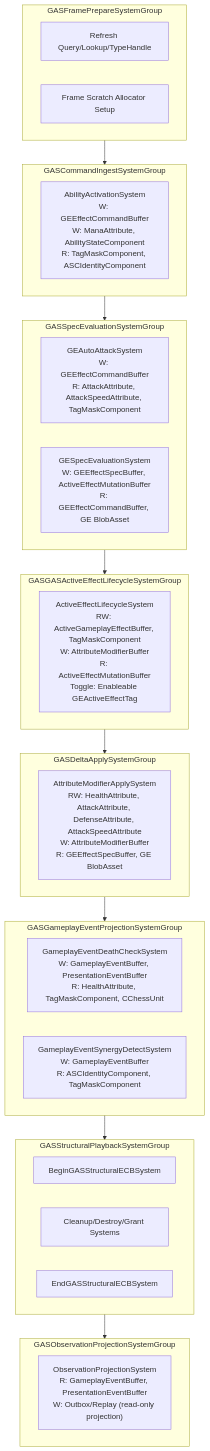
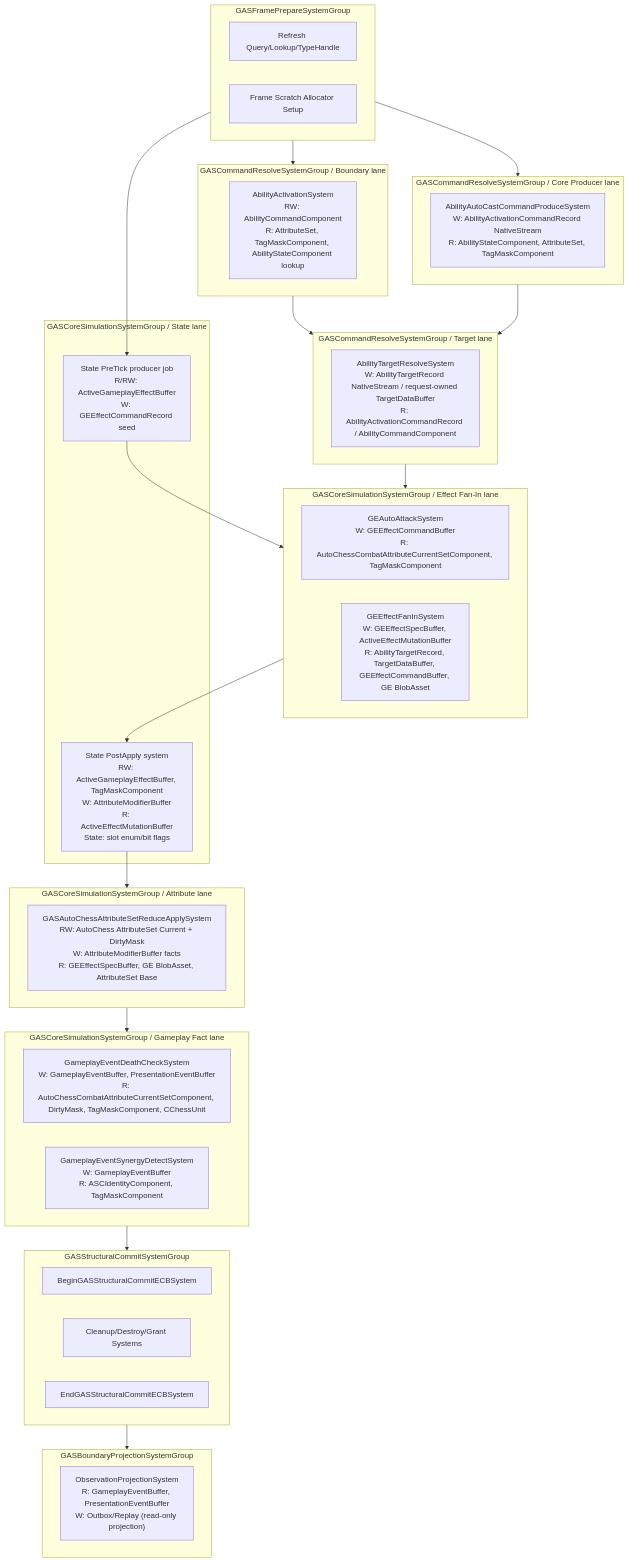
Before and after one commit to Bo-ki/gameplay-ability-system-for-unity: the fourth of 4 diagrams in 方案讨论/针对2.0的ECS架构的迭代方案讨论/01-目标态架构共识/10B-AutoChess完整业务案例设计Spec.md, drawn with Mermaid. The commit also changed other lines of this file and 455 other files, not shown here.

````diff
--- a/方案讨论/针对2.0的ECS架构的迭代方案讨论/01-目标态架构共识/10B-AutoChess完整业务案例设计Spec.md
+++ b/方案讨论/针对2.0的ECS架构的迭代方案讨论/01-目标态架构共识/10B-AutoChess完整业务案例设计Spec.md
@@ -2019,47 +2192,61 @@
 ```mermaid
 flowchart TD
     subgraph FramePrepare["GASFramePrepareSystemGroup"]
         RefreshQuery["Refresh Query/Lookup/TypeHandle"]
         ArenaSetup["Frame Scratch Allocator Setup"]
     end
 
-    subgraph CommandIngest["GASCommandIngestSystemGroup"]
-        IngestRequest["AbilityActivationSystem<br/>W: GEEffectCommandBuffer<br/>W: ManaAttribute, AbilityStateComponent<br/>R: TagMaskComponent, ASCIdentityComponent"]
+    subgraph BoundaryCommandIngest["GASCommandResolveSystemGroup / Boundary lane"]
+        IngestRequest["AbilityActivationSystem<br/>RW: AbilityCommandComponent<br/>R: AttributeSet, TagMaskComponent, AbilityStateComponent lookup"]
     end
 
-    subgraph SpecEval["GASSpecEvaluationSystemGroup"]
-        AutoAttack["GEAutoAttackSystem<br/>W: GEEffectCommandBuffer<br/>R: AttackAttribute, AttackSpeedAttribute, TagMaskComponent"]
-        SpecEvalSys["GESpecEvaluationSystem<br/>W: GEEffectSpecBuffer, ActiveEffectMutationBuffer<br/>R: GEEffectCommandBuffer, GE BlobAsset"]
+    subgraph CoreCommandProducer["GASCommandResolveSystemGroup / Core Producer lane"]
+        AutoCastProducer["AbilityAutoCastCommandProduceSystem<br/>W: AbilityActivationCommandRecord NativeStream<br/>R: AbilityStateComponent, AttributeSet, TagMaskComponent"]
     end
 
-    subgraph ActiveLifecycle["GASGASActiveEffectLifecycleSystemGroup"]
-        LifecycleSys["ActiveEffectLifecycleSystem<br/>RW: ActiveGameplayEffectBuffer, TagMaskComponent<br/>W: AttributeModifierBuffer<br/>R: ActiveEffectMutationBuffer<br/>Toggle: Enableable GEActiveEffectTag"]
+    subgraph TargetResolve["GASCommandResolveSystemGroup / Target lane"]
+        TargetResolveSys["AbilityTargetResolveSystem<br/>W: AbilityTargetRecord NativeStream / request-owned TargetDataBuffer<br/>R: AbilityActivationCommandRecord / AbilityCommandComponent"]
     end
 
-    subgraph DeltaApply["GASDeltaApplySystemGroup"]
-        InstantApply["AttributeModifierApplySystem<br/>RW: HealthAttribute, AttackAttribute, DefenseAttribute, AttackSpeedAttribute<br/>W: AttributeModifierBuffer<br/>R: GEEffectSpecBuffer, GE BlobAsset"]
+    subgraph EffectFanIn["GASCoreSimulationSystemGroup / Effect Fan-In lane"]
+        AutoAttack["GEAutoAttackSystem<br/>W: GEEffectCommandBuffer<br/>R: AutoChessCombatAttributeCurrentSetComponent, TagMaskComponent"]
+        EffectFanInSys["GEEffectFanInSystem<br/>W: GEEffectSpecBuffer, ActiveEffectMutationBuffer<br/>R: AbilityTargetRecord, TargetDataBuffer, GEEffectCommandBuffer, GE BlobAsset"]
     end
 
-    subgraph TypedFact["GASGameplayEventProjectionSystemGroup"]
-        DeathCheck["GameplayEventDeathCheckSystem<br/>W: GameplayEventBuffer, PresentationEventBuffer<br/>R: HealthAttribute, TagMaskComponent, CChessUnit"]
+    subgraph StateEvaluate["GASCoreSimulationSystemGroup / State lane"]
+        StatePreTick["State PreTick producer job<br/>R/RW: ActiveGameplayEffectBuffer<br/>W: GEEffectCommandRecord seed"]
+        LifecycleSys["State PostApply system<br/>RW: ActiveGameplayEffectBuffer, TagMaskComponent<br/>W: AttributeModifierBuffer<br/>R: ActiveEffectMutationBuffer<br/>State: slot enum/bit flags"]
+    end
+
+    subgraph AttributeReduceApply["GASCoreSimulationSystemGroup / Attribute lane"]
+        InstantApply["GASAutoChessAttributeSetReduceApplySystem<br/>RW: AutoChess AttributeSet Current + DirtyMask<br/>W: AttributeModifierBuffer facts<br/>R: GEEffectSpecBuffer, GE BlobAsset, AttributeSet Base"]
+    end
+
+    subgraph GameplayFact["GASCoreSimulationSystemGroup / Gameplay Fact lane"]
+        DeathCheck["GameplayEventDeathCheckSystem<br/>W: GameplayEventBuffer, PresentationEventBuffer<br/>R: AutoChessCombatAttributeCurrentSetComponent, DirtyMask, TagMaskComponent, CChessUnit"]
         SynergyDetect["GameplayEventSynergyDetectSystem<br/>W: GameplayEventBuffer<br/>R: ASCIdentityComponent, TagMaskComponent"]
     end
 
-    subgraph Structural["GASStructuralPlaybackSystemGroup"]
-        BeginECB["BeginGASStructuralECBSystem"]
+    subgraph Structural["GASStructuralCommitSystemGroup"]
+        BeginECB["BeginGASStructuralCommitECBSystem"]
         StructuralSys["Cleanup/Destroy/Grant Systems"]
-        EndECB["EndGASStructuralECBSystem"]
+        EndECB["EndGASStructuralCommitECBSystem"]
     end
 
-    subgraph Observation["GASObservationProjectionSystemGroup"]
+    subgraph Observation["GASBoundaryProjectionSystemGroup"]
         ObsProject["ObservationProjectionSystem<br/>R: GameplayEventBuffer, PresentationEventBuffer<br/>W: Outbox/Replay (read-only projection)"]
     end
 
-    FramePrepare --> CommandIngest
-    CommandIngest --> SpecEval
-    SpecEval --> ActiveLifecycle
-    ActiveLifecycle --> DeltaApply
-    DeltaApply --> TypedFact
-    TypedFact --> Structural
+    FramePrepare --> BoundaryCommandIngest
+    FramePrepare --> CoreCommandProducer
+    FramePrepare --> StatePreTick
+    BoundaryCommandIngest --> TargetResolve
+    CoreCommandProducer --> TargetResolve
+    TargetResolve --> EffectFanIn
+    StatePreTick --> EffectFanIn
+    EffectFanIn --> LifecycleSys
+    LifecycleSys --> AttributeReduceApply
+    AttributeReduceApply --> GameplayFact
+    GameplayFact --> Structural
     Structural --> Observation
 ```
````
